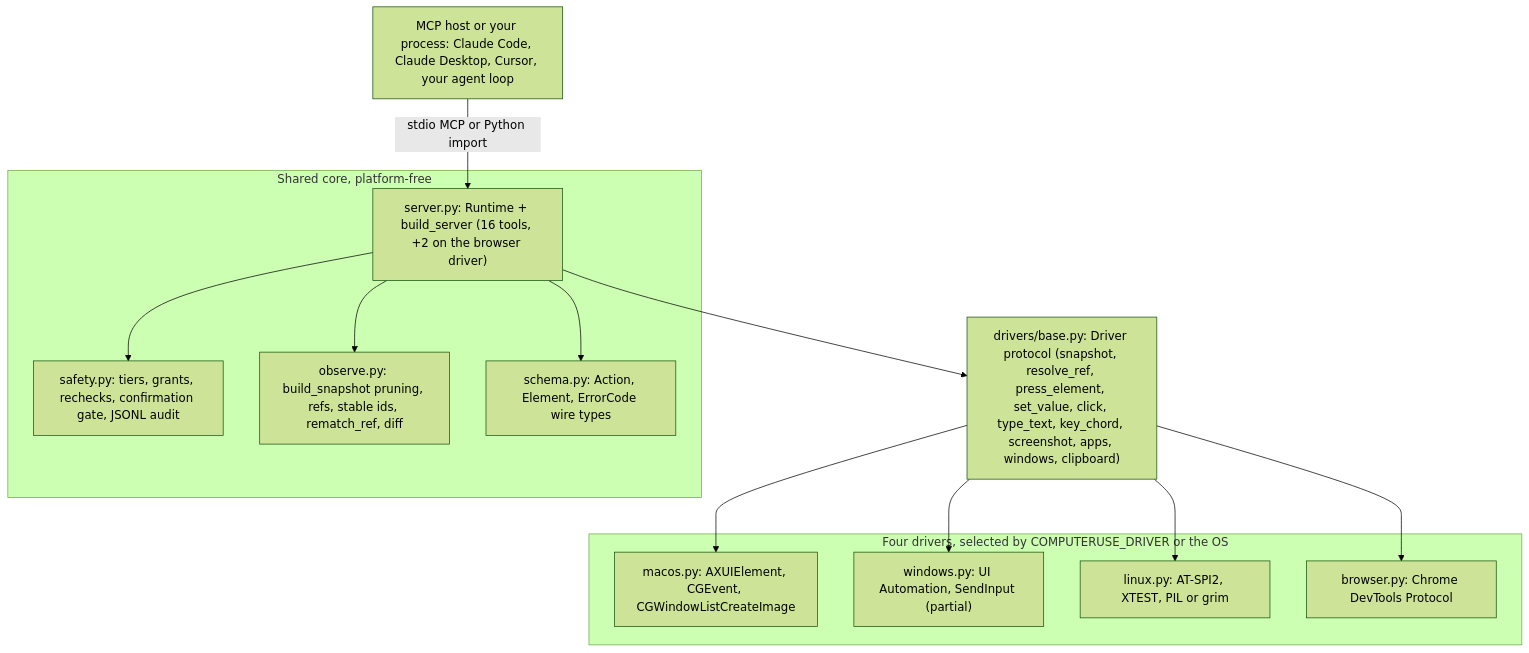
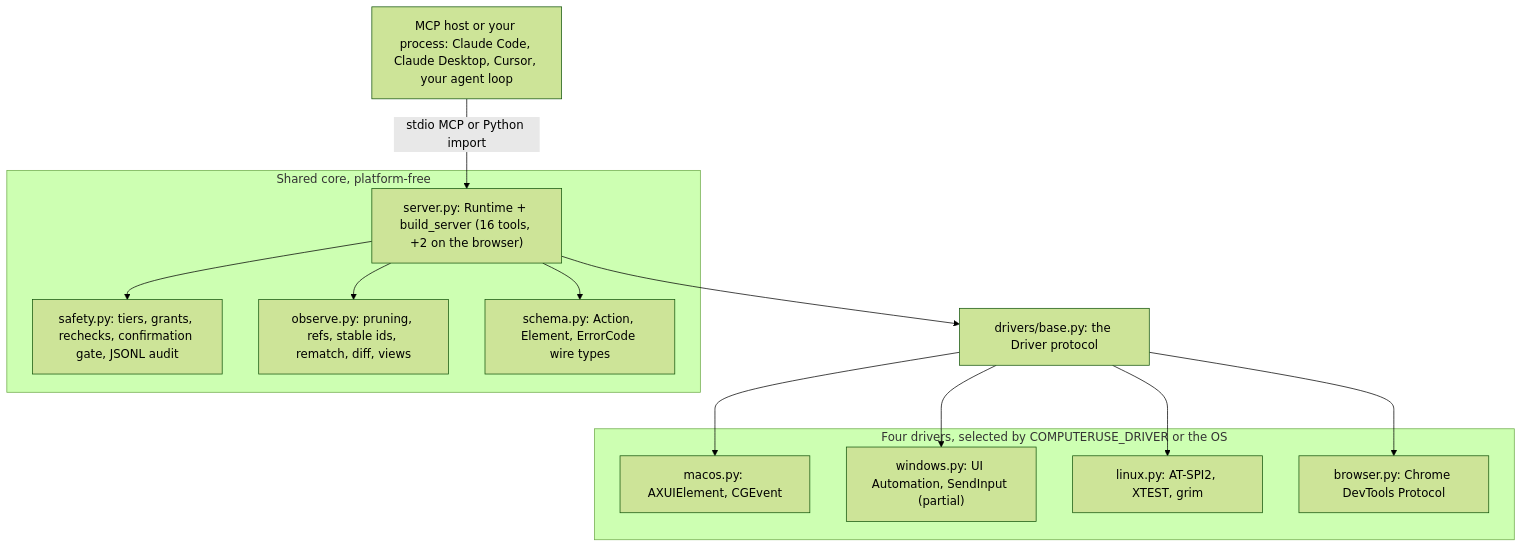
Before and after one commit to Perception-Dynamics-Inc/a11y-computer-use: the diagram in README.md, drawn with Mermaid (forest theme). The commit also changed other lines of this file and 4 other files, not shown here.

First line of the commit message:
docs(readme): tighten to 356 lines, restore the alternatives comparison, add section graphics

````diff
--- a/README.md
+++ b/README.md
@@ -430,26 +284,26 @@
 ```mermaid
 flowchart TB
   H["MCP host or your process: Claude Code, Claude Desktop, Cursor, your agent loop"]
   subgraph core["Shared core, platform-free"]
-    S["server.py: Runtime + build_server (16 tools, +2 on the browser driver)"]
+    S["server.py: Runtime + build_server (16 tools, +2 on the browser)"]
     SF["safety.py: tiers, grants, rechecks, confirmation gate, JSONL audit"]
-    O["observe.py: build_snapshot pruning, refs, stable ids, rematch_ref, diff"]
+    O["observe.py: pruning, refs, stable ids, rematch, diff, views"]
     SC["schema.py: Action, Element, ErrorCode wire types"]
   end
-  D["drivers/base.py: Driver protocol (snapshot, resolve_ref, press_element, set_value, click, type_text, key_chord, screenshot, apps, windows, clipboard)"]
+  D["drivers/base.py: the Driver protocol"]
   subgraph drv["Four drivers, selected by COMPUTERUSE_DRIVER or the OS"]
-    M["macos.py: AXUIElement, CGEvent, CGWindowListCreateImage"]
+    M["macos.py: AXUIElement, CGEvent"]
     W["windows.py: UI Automation, SendInput (partial)"]
-    L["linux.py: AT-SPI2, XTEST, PIL or grim"]
+    L["linux.py: AT-SPI2, XTEST, grim"]
     B["browser.py: Chrome DevTools Protocol"]
   end
   H -->|stdio MCP or Python import| S
   S --> SF
   S --> O
   S --> SC
   S --> D
   D --> M
   D --> W
   D --> L
   D --> B
 ```
````
